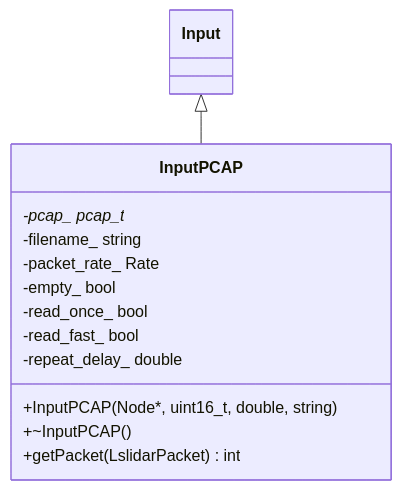
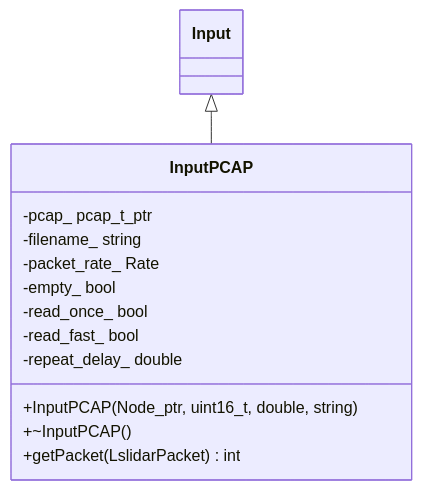
The fourth of 10 diagrams in docs/api-reference.md (declue/Lslidar_ROS2_driver), drawn with Mermaid before and after one commit. The commit also changed other lines of this file and 3 other files, not shown here.

First line of the commit message:
fix: Mermaid 다이어그램 렌더링 오류 수정

````diff
--- a/docs/api-reference.md
+++ b/docs/api-reference.md
@@ -437,17 +437,17 @@
 ```mermaid
 classDiagram
     class InputPCAP {
-        +InputPCAP(Node*, uint16_t, double, string)
+        +InputPCAP(Node_ptr, uint16_t, double, string)
         +~InputPCAP()
         +getPacket(LslidarPacket) int
-        -pcap_ pcap_t*
+        -pcap_ pcap_t_ptr
         -filename_ string
         -packet_rate_ Rate
         -empty_ bool
         -read_once_ bool
         -read_fast_ bool
         -repeat_delay_ double
     }
 
     Input <|-- InputPCAP
 ```
````
